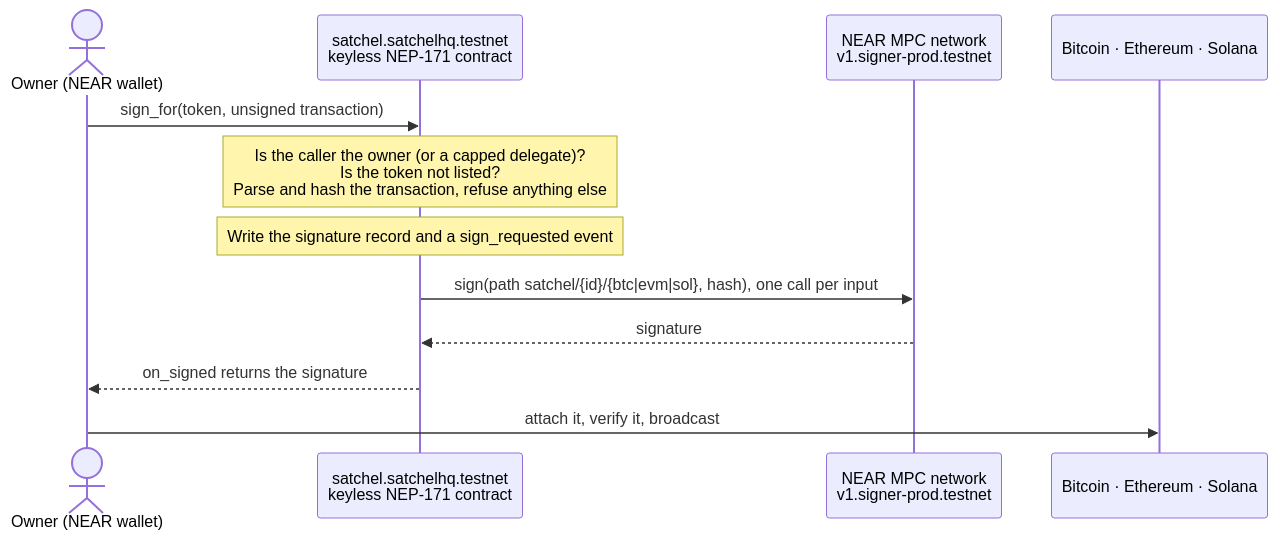
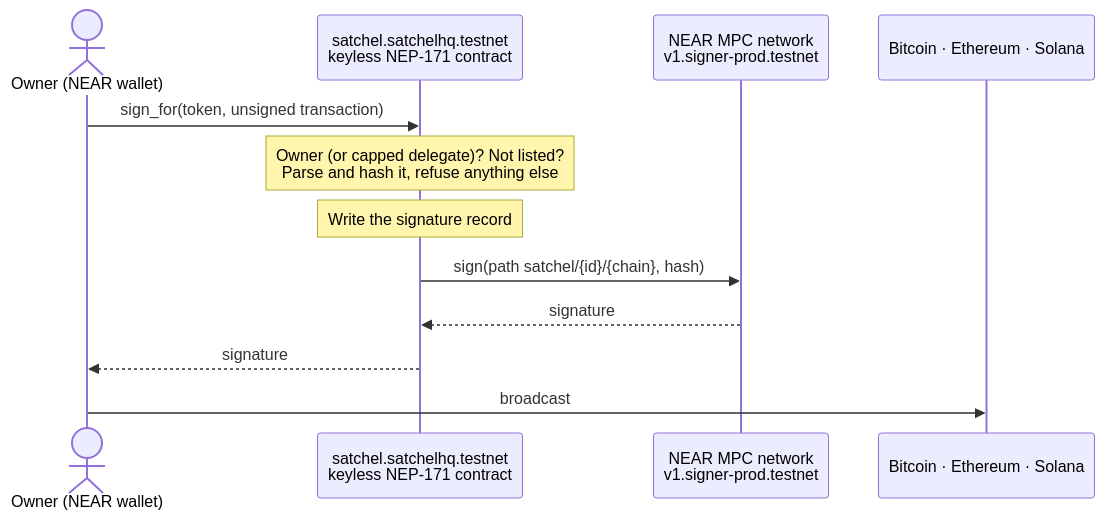
The diagram in README.md (razvanstatescu/satchel), drawn with Mermaid before and after one commit. The commit also changed other lines of this file and 13 other files, not shown here.

````diff
--- a/README.md
+++ b/README.md
@@ -88,14 +62,14 @@
 ```mermaid
 sequenceDiagram
     actor Owner as Owner (NEAR wallet)
     participant S as satchel.satchelhq.testnet<br/>keyless NEP-171 contract
     participant M as NEAR MPC network<br/>v1.signer-prod.testnet
     participant X as Bitcoin · Ethereum · Solana
     Owner->>S: sign_for(token, unsigned transaction)
-    Note over S: Is the caller the owner (or a capped delegate)?<br/>Is the token not listed?<br/>Parse and hash the transaction, refuse anything else
-    Note over S: Write the signature record and a sign_requested event
-    S->>M: sign(path satchel/{id}/{btc|evm|sol}, hash), one call per input
+    Note over S: Owner (or capped delegate)? Not listed?<br/>Parse and hash it, refuse anything else
+    Note over S: Write the signature record
+    S->>M: sign(path satchel/{id}/{chain}, hash)
     M-->>S: signature
-    S-->>Owner: on_signed returns the signature
-    Owner->>X: attach it, verify it, broadcast
+    S-->>Owner: signature
+    Owner->>X: broadcast
 ```
````
